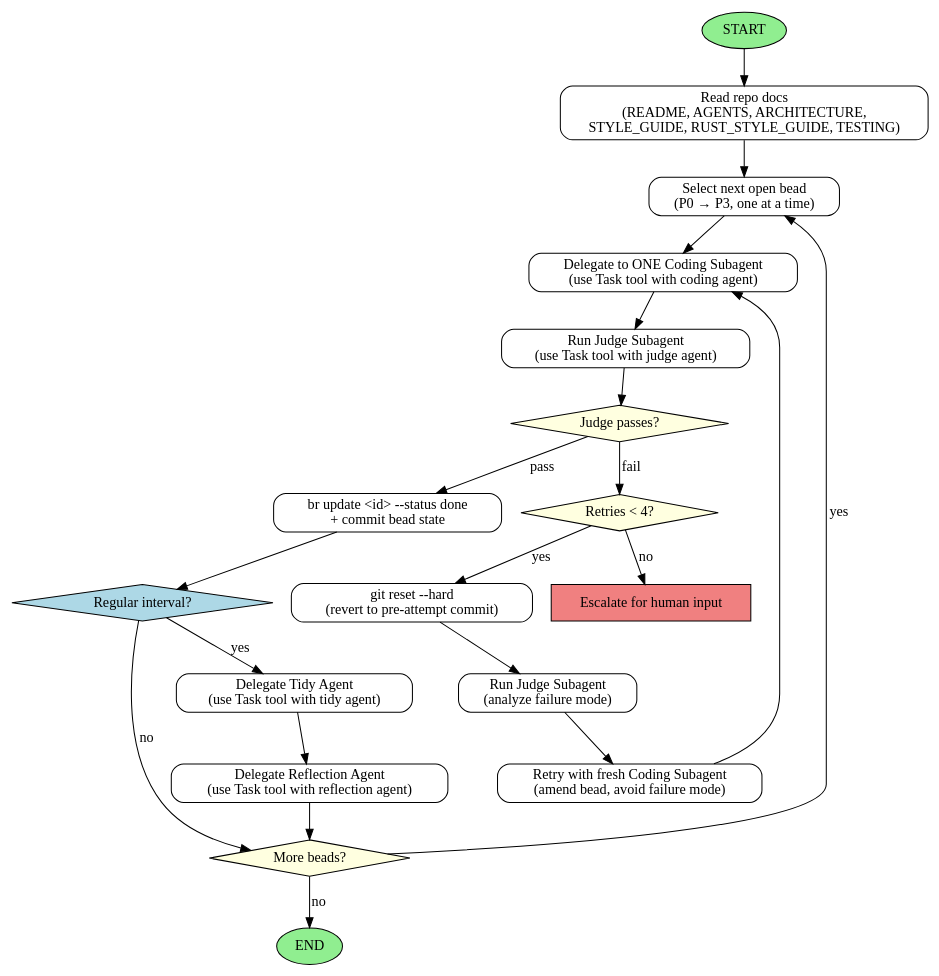
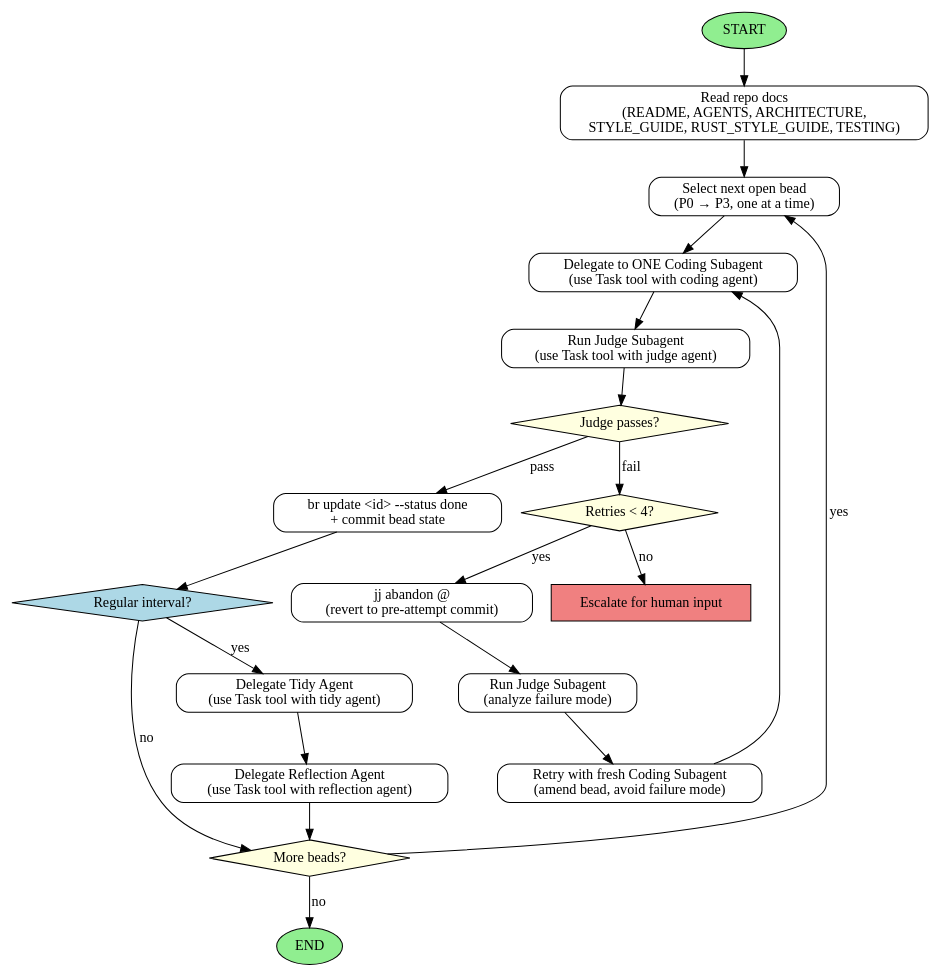
Before and after one commit to danverbraganza/pristine: the diagram in .claude/agents/coordinator.md, drawn with Graphviz. The commit also changed other lines of this file, not shown here.

Commit message:
Coordinator: clarify Judge retry policy and replace git reset with jj abandon

````diff
--- a/.claude/agents/coordinator.md
+++ b/.claude/agents/coordinator.md
@@ -113,39 +119,39 @@
 ```dot
 digraph CoordinatorWorkflow {
   rankdir=TB;
   node [shape=box, style=rounded];
 
   START [shape=ellipse, style=filled, fillcolor=lightgreen];
   READ_DOCS [label="Read repo docs\n(README, AGENTS, ARCHITECTURE,\nSTYLE_GUIDE, RUST_STYLE_GUIDE, TESTING)"];
   PICK_BEAD [label="Select next open bead\n(P0 → P3, one at a time)"];
   DELEGATE [label="Delegate to ONE Coding Subagent\n(use Task tool with coding agent)"];
   JUDGE [label="Run Judge Subagent\n(use Task tool with judge agent)"];
   JUDGE_RESULT [shape=diamond, style=filled, fillcolor=lightyellow, label="Judge passes?"];
   MARK_DONE [label="br update <id> --status done\n+ commit bead state"];
   MORE [shape=diamond, style=filled, fillcolor=lightyellow, label="More beads?"];
   END [shape=ellipse, style=filled, fillcolor=lightgreen];
 
   RETRIES [shape=diamond, style=filled, fillcolor=lightyellow, label="Retries < 4?"];
-  RESET [label="git reset --hard\n(revert to pre-attempt commit)"];
+  RESET [label="jj abandon @\n(revert to pre-attempt commit)"];
   JUDGE_FAILURE [label="Run Judge Subagent\n(analyze failure mode)"];
   REPROMPT [label="Retry with fresh Coding Subagent\n(amend bead, avoid failure mode)"];
   ESCALATE [shape=box, style=filled, fillcolor=lightcoral, label="Escalate for human input"];
 
   INTERVAL_CHECK [shape=diamond, style=filled, fillcolor=lightblue, label="Regular interval?"];
   TIDY [label="Delegate Tidy Agent\n(use Task tool with tidy agent)"];
   REFLECTION [label="Delegate Reflection Agent\n(use Task tool with reflection agent)"];
 
   START -> READ_DOCS -> PICK_BEAD -> DELEGATE -> JUDGE -> JUDGE_RESULT;
   JUDGE_RESULT -> MARK_DONE [label="pass"];
   JUDGE_RESULT -> RETRIES [label="fail"];
   RETRIES -> RESET [label="yes"];
   RESET -> JUDGE_FAILURE -> REPROMPT -> DELEGATE;
   RETRIES -> ESCALATE [label="no"];
   MARK_DONE -> INTERVAL_CHECK;
   INTERVAL_CHECK -> TIDY [label="yes"];
   TIDY -> REFLECTION -> MORE;
   INTERVAL_CHECK -> MORE [label="no"];
   MORE -> PICK_BEAD [label="yes"];
   MORE -> END [label="no"];
 }
 ```
````
